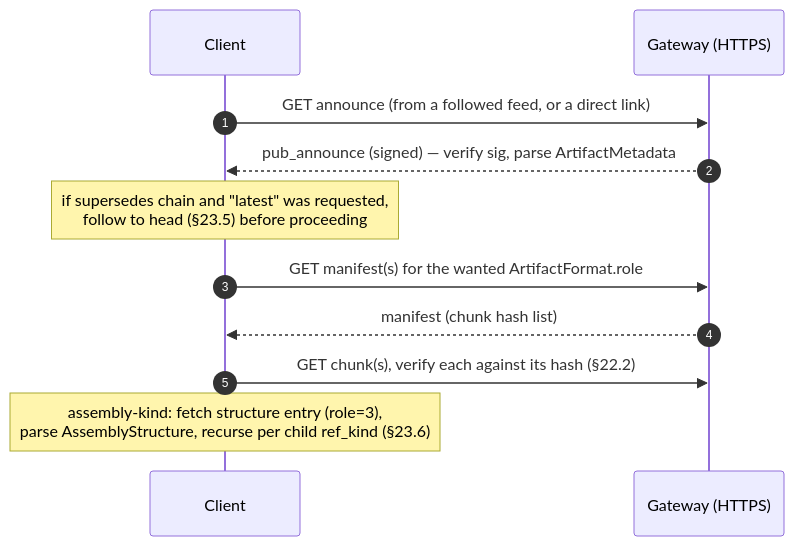
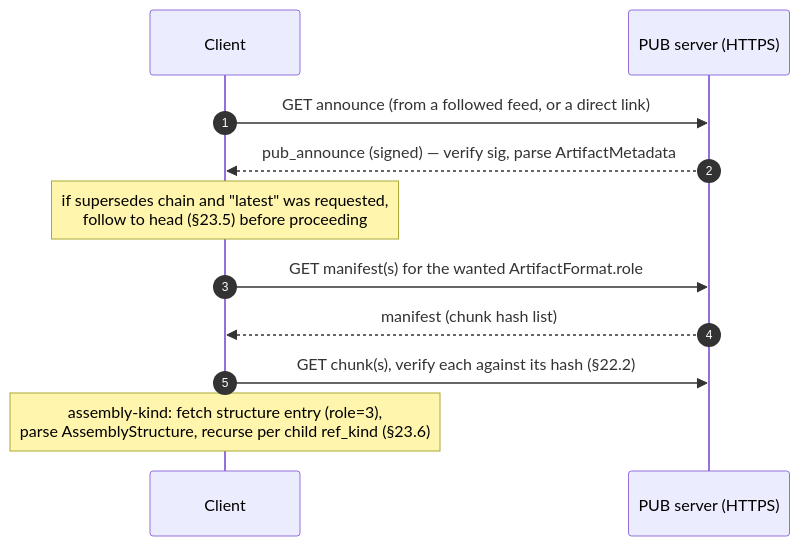
One commit to vul-os/kotva changed the diagram in 23-cad-artifact-profile.md. Above: the diagram before and after it, drawn with Mermaid. The commit also changed other lines of this file and 28 other files, not shown here.

````diff
--- a/23-cad-artifact-profile.md
+++ b/23-cad-artifact-profile.md
@@ -395,13 +395,13 @@
 ```mermaid
 sequenceDiagram
   autonumber
   participant Client
-  participant GW as Gateway (HTTPS)
+  participant GW as PUB server (HTTPS)
   Client->>GW: GET announce (from a followed feed, or a direct link)
   GW-->>Client: pub_announce (signed) — verify sig, parse ArtifactMetadata
   Note over Client: if supersedes chain and "latest" was requested,<br/>follow to head (§23.5) before proceeding
   Client->>GW: GET manifest(s) for the wanted ArtifactFormat.role
   GW-->>Client: manifest (chunk hash list)
   Client->>GW: GET chunk(s), verify each against its hash (§22.2)
   Note over Client: assembly-kind: fetch structure entry (role=3),<br/>parse AssemblyStructure, recurse per child ref_kind (§23.6)
 ```
````
